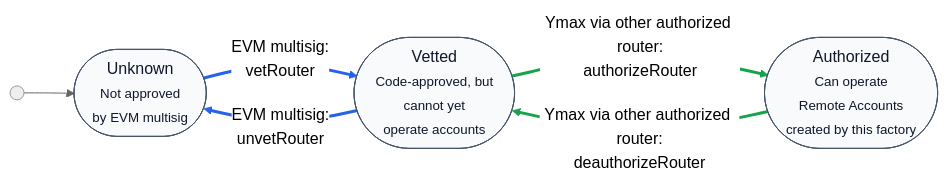
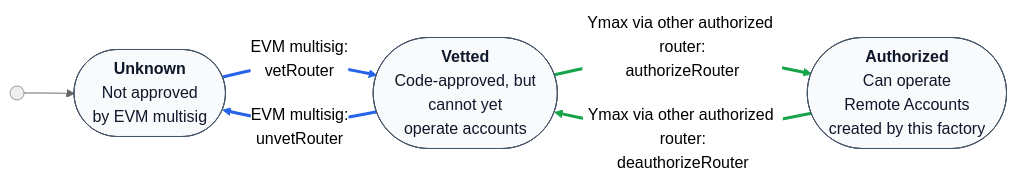
Before and after one commit to agoric-labs/agoric-to-axelar-local: the fourth of 6 diagrams in agoric-docs/ymax-evm-remote-accounts.md, drawn with Mermaid (neutral theme).

Commit message:
More mermaid tweaks

````diff
--- a/agoric-docs/ymax-evm-remote-accounts.md
+++ b/agoric-docs/ymax-evm-remote-accounts.md
@@ -149,21 +149,21 @@
 ```mermaid
 flowchart LR
   START@{shape: start}
-  Unknown(["Unknown<br/><small>Not approved<br/>by EVM multisig</small>"])
-  Vetted(["Vetted<br/><small>Code-approved, but<br/>cannot yet<br/>operate accounts</small>"])
-  Authorized(["Authorized<br/><small>Can operate<br/>Remote Accounts<br/>created by this factory</small>"])
+  Unknown(["<b>Unknown</b><br/>Not approved<br/>by EVM multisig"])
+  Vetted(["<b>Vetted</b><br/>Code-approved, but<br/>cannot yet<br/>operate accounts"])
+  Authorized(["<b>Authorized</b><br/>Can operate<br/>Remote Accounts<br/>created by this factory"])
 
   START --> Unknown
   Unknown -->|"EVM multisig:<br/>vetRouter"| Vetted
   Vetted -->|"Ymax via other authorized router:<br/>authorizeRouter"| Authorized
   Authorized -->|"Ymax via other authorized router:<br/>deauthorizeRouter"| Vetted
   Vetted -->|"EVM multisig:<br/>unvetRouter"| Unknown
 
   classDef state fill:#f8fafc,stroke:#475569,stroke-width:1px,color:#0f172a
   class Unknown,Vetted,Authorized state
 
   linkStyle 1 stroke:#2563eb,stroke-width:3px
   linkStyle 2 stroke:#16a34a,stroke-width:3px
   linkStyle 3 stroke:#16a34a,stroke-width:3px
   linkStyle 4 stroke:#2563eb,stroke-width:3px
 ```
````
